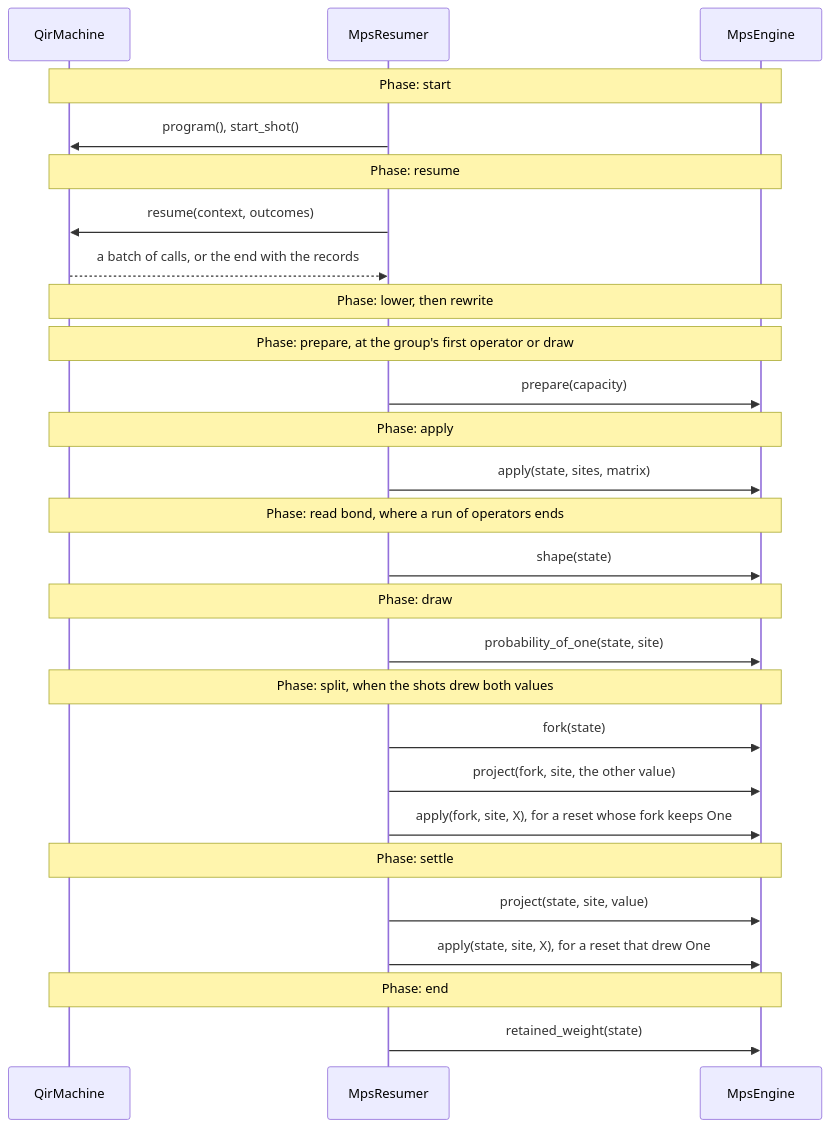
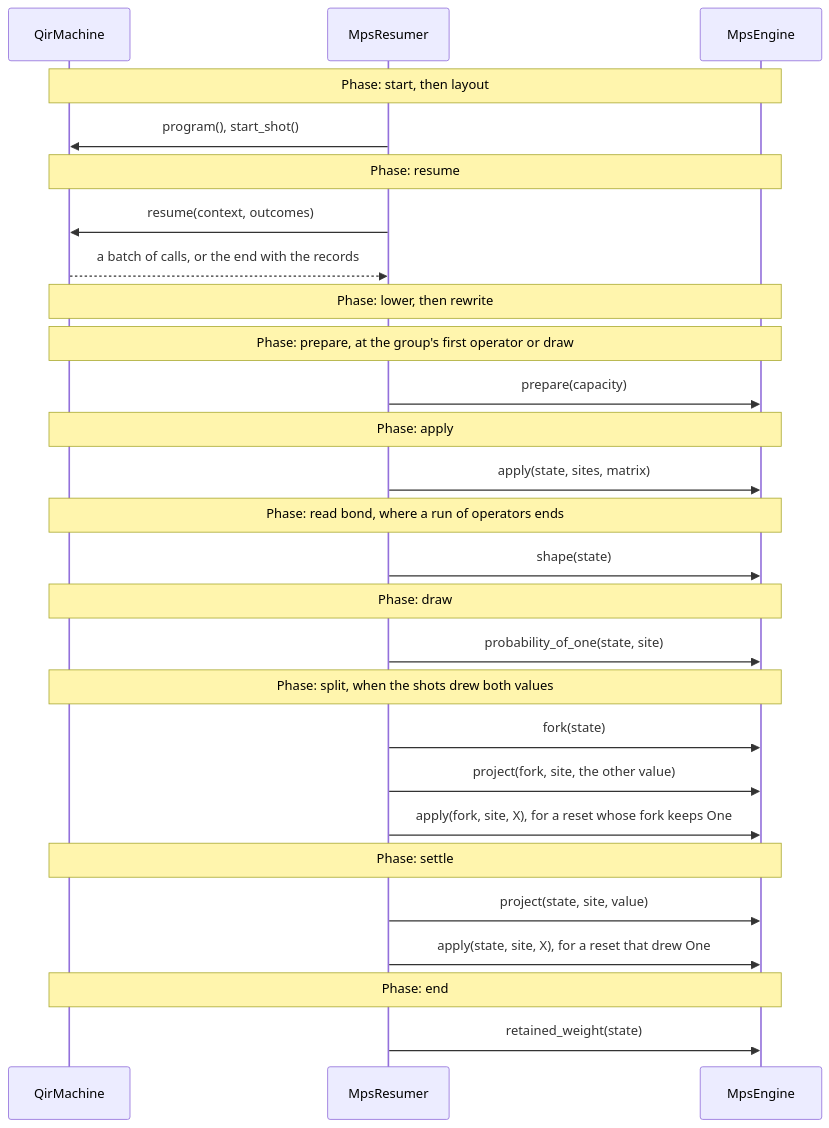
The diagram in source/simulators/src/mps_simulator/design.md (microsoft/qdk), drawn with Mermaid before and after one commit. The commit also changed other lines of this file and 11 other files, not shown here.

````diff
--- a/source/simulators/src/mps_simulator/design.md
+++ b/source/simulators/src/mps_simulator/design.md
@@ -13,29 +13,29 @@
 ```mermaid
 sequenceDiagram
   participant M as QirMachine
   participant R as MpsResumer
   participant E as MpsEngine
-  Note over M,E: Phase: start
+  Note over M,E: Phase: start, then layout
   R->>M: program(), start_shot()
   Note over M,E: Phase: resume
   R->>M: resume(context, outcomes)
   M-->>R: a batch of calls, or the end with the records
   Note over M,E: Phase: lower, then rewrite
   Note over M,E: Phase: prepare, at the group's first operator or draw
   R->>E: prepare(capacity)
   Note over M,E: Phase: apply
   R->>E: apply(state, sites, matrix)
   Note over M,E: Phase: read bond, where a run of operators ends
   R->>E: shape(state)
   Note over M,E: Phase: draw
   R->>E: probability_of_one(state, site)
   Note over M,E: Phase: split, when the shots drew both values
   R->>E: fork(state)
   R->>E: project(fork, site, the other value)
   R->>E: apply(fork, site, X), for a reset whose fork keeps One
   Note over M,E: Phase: settle
   R->>E: project(state, site, value)
   R->>E: apply(state, site, X), for a reset that drew One
   Note over M,E: Phase: end
   R->>E: retained_weight(state)
 ```
````
